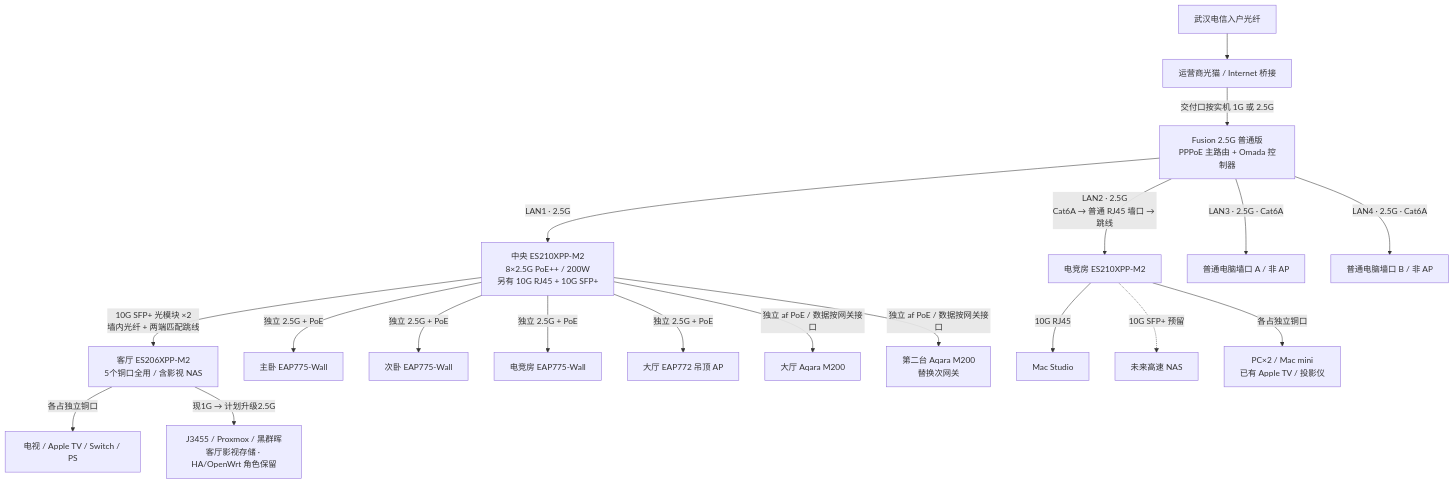
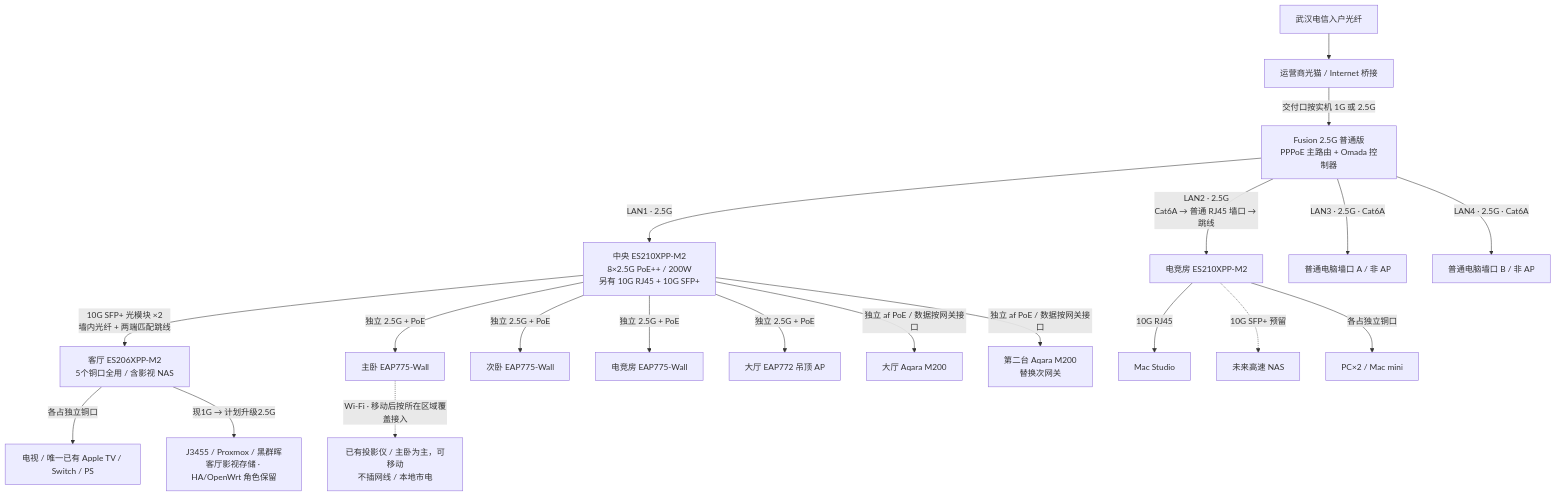
One commit to QZSAMA/AgentHomeAssistant changed the first of 4 diagrams in docs/network-topology.md. Above: the diagram before and after it, drawn with Mermaid. The commit also changed other lines of this file and 11 other files, not shown here.

````diff
--- a/docs/network-topology.md
+++ b/docs/network-topology.md
@@ -13,21 +15,22 @@
 ```mermaid
 flowchart TD
   F["武汉电信入户光纤"] --> ONT["运营商光猫 / Internet 桥接"]
   ONT -->|"交付口按实机 1G 或 2.5G"| R["Fusion 2.5G 普通版<br/>PPPoE 主路由 + Omada 控制器"]
   R -->|"LAN1 · 2.5G"| C["中央 ES210XPP-M2<br/>8×2.5G PoE++ / 200W<br/>另有 10G RJ45 + 10G SFP+"]
   R -->|"LAN2 · 2.5G<br/>Cat6A → 普通 RJ45 墙口 → 跳线"| WS["电竞房 ES210XPP-M2"]
   C -->|"10G SFP+ 光模块 ×2<br/>墙内光纤 + 两端匹配跳线"| HS["客厅 ES206XPP-M2<br/>5个铜口全用 / 含影视 NAS"]
   R -->|"LAN3 · 2.5G · Cat6A"| P1["普通电脑墙口 A / 非 AP"]
   R -->|"LAN4 · 2.5G · Cat6A"| P2["普通电脑墙口 B / 非 AP"]
   C -->|"独立 2.5G + PoE"| A1["主卧 EAP775-Wall"]
   C -->|"独立 2.5G + PoE"| A2["次卧 EAP775-Wall"]
   C -->|"独立 2.5G + PoE"| A3["电竞房 EAP775-Wall"]
   C -->|"独立 2.5G + PoE"| A4["大厅 EAP772 吊顶 AP"]
   C -->|"独立 af PoE / 数据按网关接口"| G1["大厅 Aqara M200"]
   C -->|"独立 af PoE / 数据按网关接口"| G2["第二台 Aqara M200<br/>替换次网关"]
   WS -->|"10G RJ45"| MAC["Mac Studio"]
   WS -. "10G SFP+ 预留" .-> NAS["未来高速 NAS"]
-  WS -->|"各占独立铜口"| DEV["PC×2 / Mac mini<br/>已有 Apple TV / 投影仪"]
-  HS -->|"各占独立铜口"| AV["电视 / Apple TV / Switch / PS"]
+  WS -->|"各占独立铜口"| DEV["PC×2 / Mac mini"]
+  A1 -. "Wi-Fi · 移动后按所在区域覆盖接入" .-> PROJ["已有投影仪 / 主卧为主，可移动<br/>不插网线 / 本地市电"]
+  HS -->|"各占独立铜口"| AV["电视 / 唯一已有 Apple TV / Switch / PS"]
   HS -->|"现1G → 计划升级2.5G"| J["J3455 / Proxmox / 黑群晖<br/>客厅影视存储 · HA/OpenWrt 角色保留"]
 ```
````
